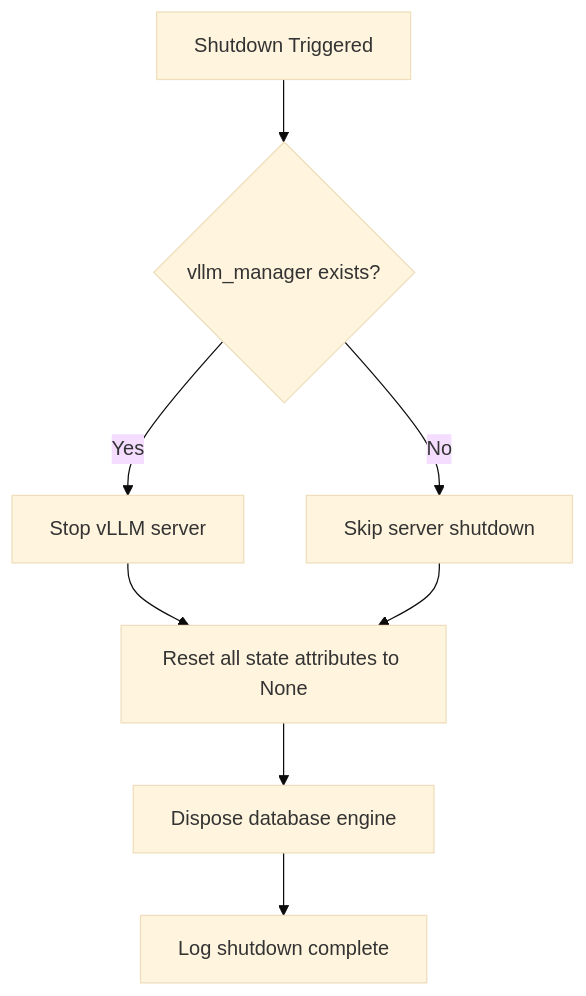
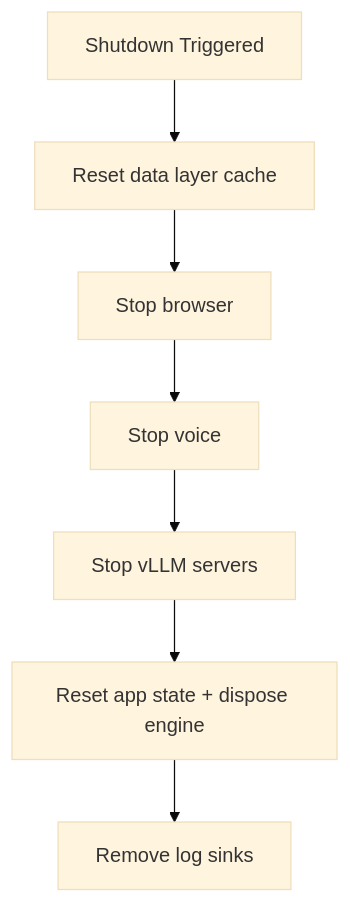
Before and after one commit to malvavisc0/aria-ai: the second of 2 diagrams in docs/web-ui-initialization.md, drawn with Mermaid (base theme). The commit also changed other lines of this file and 21 other files, not shown here.

````diff
--- a/docs/web-ui-initialization.md
+++ b/docs/web-ui-initialization.md
@@ -396,10 +303,9 @@
 ```mermaid
 flowchart TB
-    A[Shutdown Triggered] --> B{vllm_manager exists?}
-    B -->|Yes| C[Stop vLLM server]
-    B -->|No| D[Skip server shutdown]
-    C --> E[Reset all state attributes to None]
-    D --> E
-    E --> F[Dispose database engine]
-    F --> G[Log shutdown complete]
+    A[Shutdown Triggered] --> B[Reset data layer cache]
+    B --> C[Stop browser]
+    C --> D[Stop voice]
+    D --> E[Stop vLLM servers]
+    E --> F[Reset app state + dispose engine]
+    F --> G[Remove log sinks]
 ```
````
